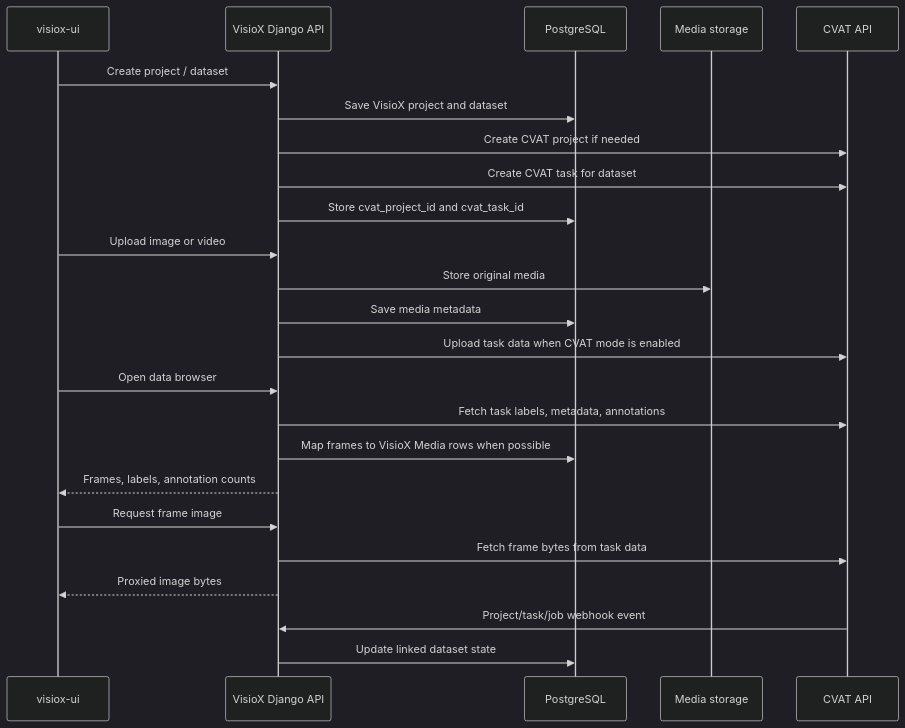
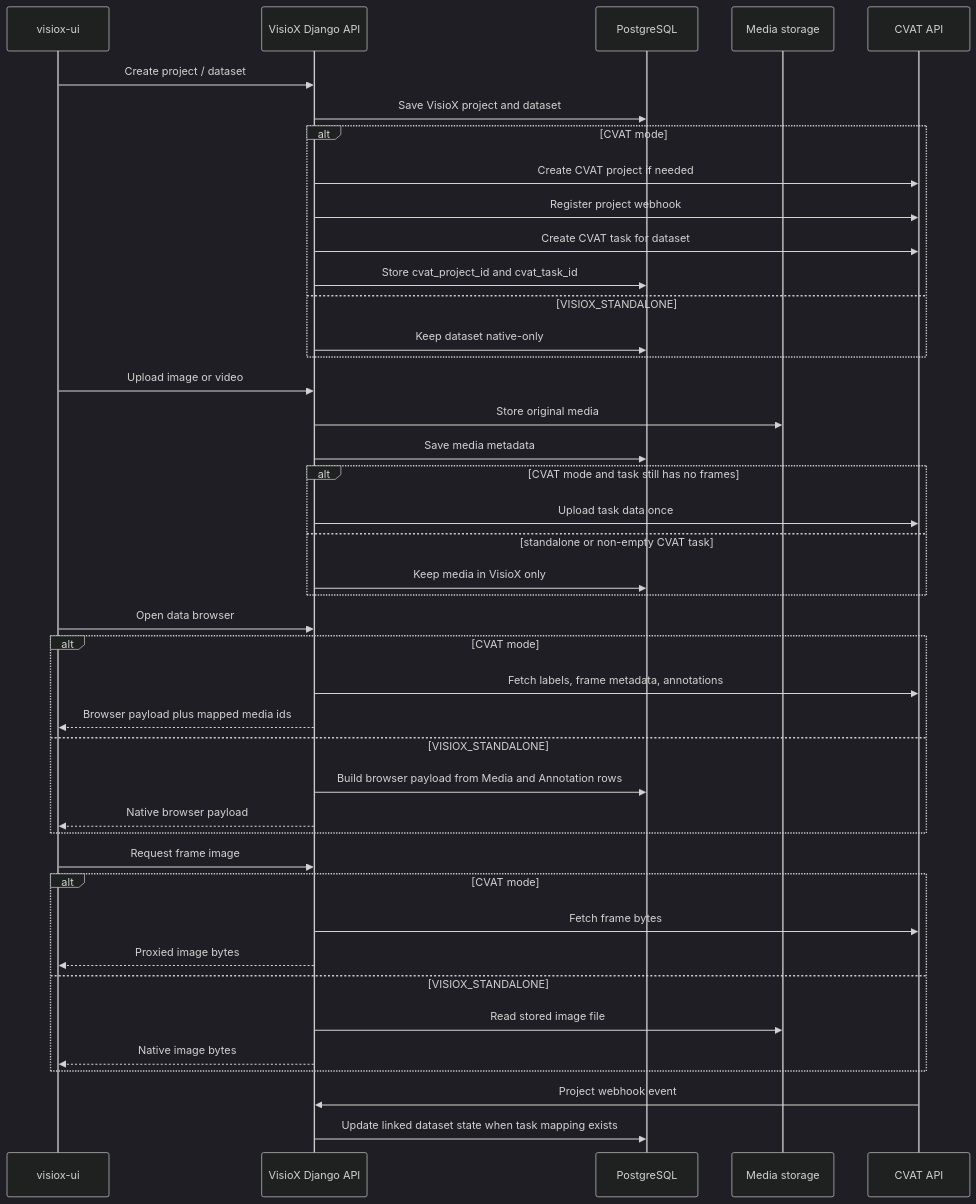
The fourth of 5 diagrams in ARCHITECTURE_DIAGRAMS.md (the-visiox/visiox), drawn with Mermaid (dark theme) before and after one commit. The commit also changed other lines of this file and 1 other file, not shown here.

Commit message:
feat: add agent notes for VisioX backend with quick reference and runtime details

````diff
--- a/ARCHITECTURE_DIAGRAMS.md
+++ b/ARCHITECTURE_DIAGRAMS.md
@@ -232,31 +245,49 @@
 ```mermaid
 sequenceDiagram
     participant UI as visiox-ui
     participant API as VisioX Django API
     participant DB as PostgreSQL
     participant Media as Media storage
     participant CVAT as CVAT API
 
     UI->>API: Create project / dataset
     API->>DB: Save VisioX project and dataset
-    API->>CVAT: Create CVAT project if needed
-    API->>CVAT: Create CVAT task for dataset
-    API->>DB: Store cvat_project_id and cvat_task_id
+    alt CVAT mode
+        API->>CVAT: Create CVAT project if needed
+        API->>CVAT: Register project webhook
+        API->>CVAT: Create CVAT task for dataset
+        API->>DB: Store cvat_project_id and cvat_task_id
+    else VISIOX_STANDALONE
+        API->>DB: Keep dataset native-only
+    end
 
     UI->>API: Upload image or video
     API->>Media: Store original media
     API->>DB: Save media metadata
-    API->>CVAT: Upload task data when CVAT mode is enabled
+    alt CVAT mode and task still has no frames
+        API->>CVAT: Upload task data once
+    else standalone or non-empty CVAT task
+        API->>DB: Keep media in VisioX only
+    end
 
     UI->>API: Open data browser
-    API->>CVAT: Fetch task labels, metadata, annotations
-    API->>DB: Map frames to VisioX Media rows when possible
-    API-->>UI: Frames, labels, annotation counts
+    alt CVAT mode
+        API->>CVAT: Fetch labels, frame metadata, annotations
+        API-->>UI: Browser payload plus mapped media ids
+    else VISIOX_STANDALONE
+        API->>DB: Build browser payload from Media and Annotation rows
+        API-->>UI: Native browser payload
+    end
 
     UI->>API: Request frame image
-    API->>CVAT: Fetch frame bytes from task data
-    API-->>UI: Proxied image bytes
+    alt CVAT mode
+        API->>CVAT: Fetch frame bytes
+        API-->>UI: Proxied image bytes
+    else VISIOX_STANDALONE
+        API->>Media: Read stored image file
+        API-->>UI: Native image bytes
+    end
 
-    CVAT->>API: Project/task/job webhook event
-    API->>DB: Update linked dataset state
+    CVAT->>API: Project webhook event
+    API->>DB: Update linked dataset state when task mapping exists
 ```
````
